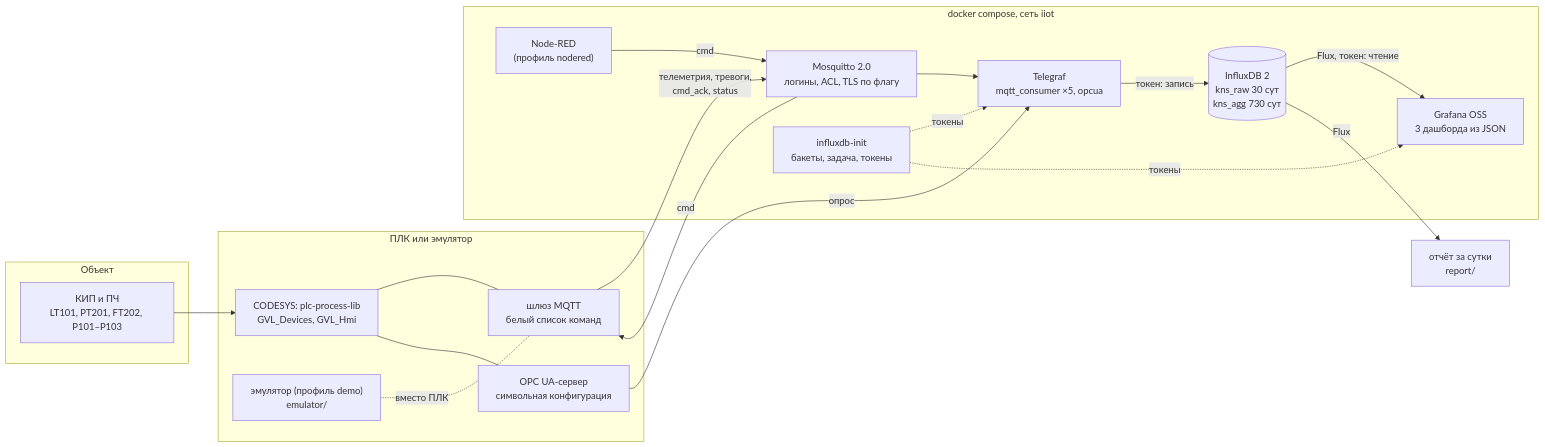
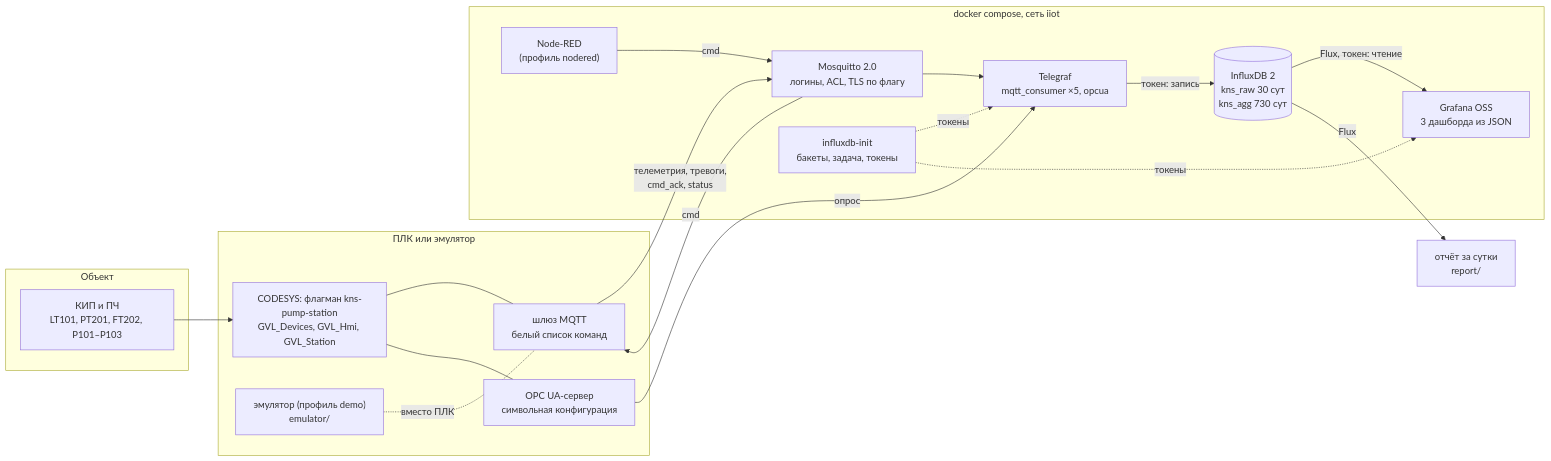
The first of 2 diagrams in docs/ARCHITECTURE.md (kr0nsch/plc-iiot-stack), drawn with Mermaid before and after one commit. The commit also changed other lines of this file and 13 other files, not shown here.

````diff
--- a/docs/ARCHITECTURE.md
+++ b/docs/ARCHITECTURE.md
@@ -13,36 +13,36 @@
 ```mermaid
 flowchart LR
     subgraph field["Объект"]
         kip["КИП и ПЧ<br/>LT101, PT201, FT202, P101–P103"]
     end
     subgraph plc["ПЛК или эмулятор"]
-        cds["CODESYS: plc-process-lib<br/>GVL_Devices, GVL_Hmi"]
+        cds["CODESYS: флагман kns-pump-station<br/>GVL_Devices, GVL_Hmi, GVL_Station"]
         emu["эмулятор (профиль demo)<br/>emulator/"]
         gw["шлюз MQTT<br/>белый список команд"]
         ua["OPC UA-сервер<br/>символьная конфигурация"]
     end
     subgraph stack["docker compose, сеть iiot"]
         mq["Mosquitto 2.0<br/>логины, ACL, TLS по флагу"]
         tg["Telegraf<br/>mqtt_consumer ×5, opcua"]
         init["influxdb-init<br/>бакеты, задача, токены"]
         db[("InfluxDB 2<br/>kns_raw 30 сут<br/>kns_agg 730 сут")]
         gf["Grafana OSS<br/>3 дашборда из JSON"]
         nr["Node-RED<br/>(профиль nodered)"]
     end
     rep["отчёт за сутки<br/>report/"]
 
     kip --> cds
     cds --- gw
     cds --- ua
     emu -. "вместо ПЛК" .- gw
     gw -- "телеметрия, тревоги,<br/>cmd_ack, status" --> mq
     mq -- "cmd" --> gw
     mq --> tg
     ua -- "опрос" --> tg
     tg -- "токен: запись" --> db
     init -. "токены" .-> tg
     init -. "токены" .-> gf
     db -- "Flux, токен: чтение" --> gf
     nr -- "cmd" --> mq
     db -- "Flux" --> rep
 ```
````
